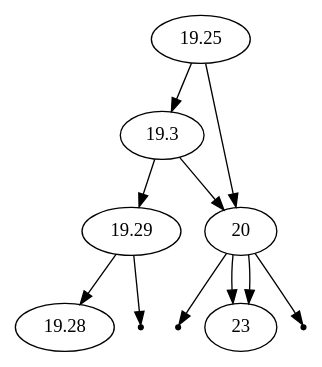
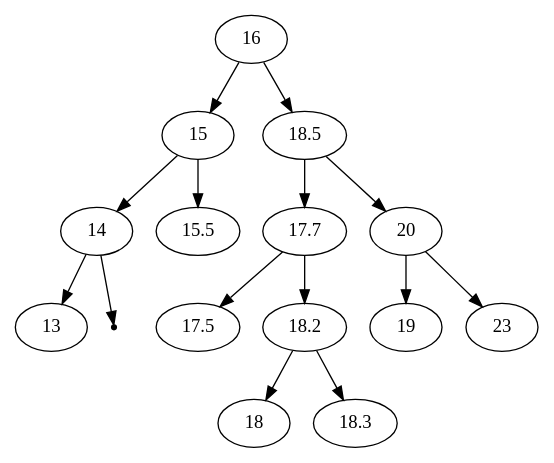
Before and after one commit to muniri92/Data-Structures-2.0: the diagram in graph.gv, drawn with Graphviz. The commit also changed 2 other files, not shown here.

```diff
--- a/graph.gv
+++ b/graph.gv
@@ -1,16 +1,18 @@
 digraph G{
-	19.25;
-	19.25 -> 19.3;
-	19.3 -> 19.29;
-	19.29 -> 19.28;
-	null456668471 [shape=point];
-	19.29 -> null456668471;
-	19.3 -> 20;
-	null743412116 [shape=point];
-	20 -> null743412116;
-	20 -> 23;
-	19.25 -> 20;
-	null172711389 [shape=point];
-	20 -> null172711389;
+	16;
+	16 -> 15;
+	15 -> 14;
+	14 -> 13;
+	null626909210 [shape=point];
+	14 -> null626909210;
+	15 -> 15.5;
+	16 -> 18.5;
+	18.5 -> 17.7;
+	17.7 -> 17.5;
+	17.7 -> 18.2;
+	18.2 -> 18;
+	18.2 -> 18.3;
+	18.5 -> 20;
+	20 -> 19;
 	20 -> 23;
 }
```
